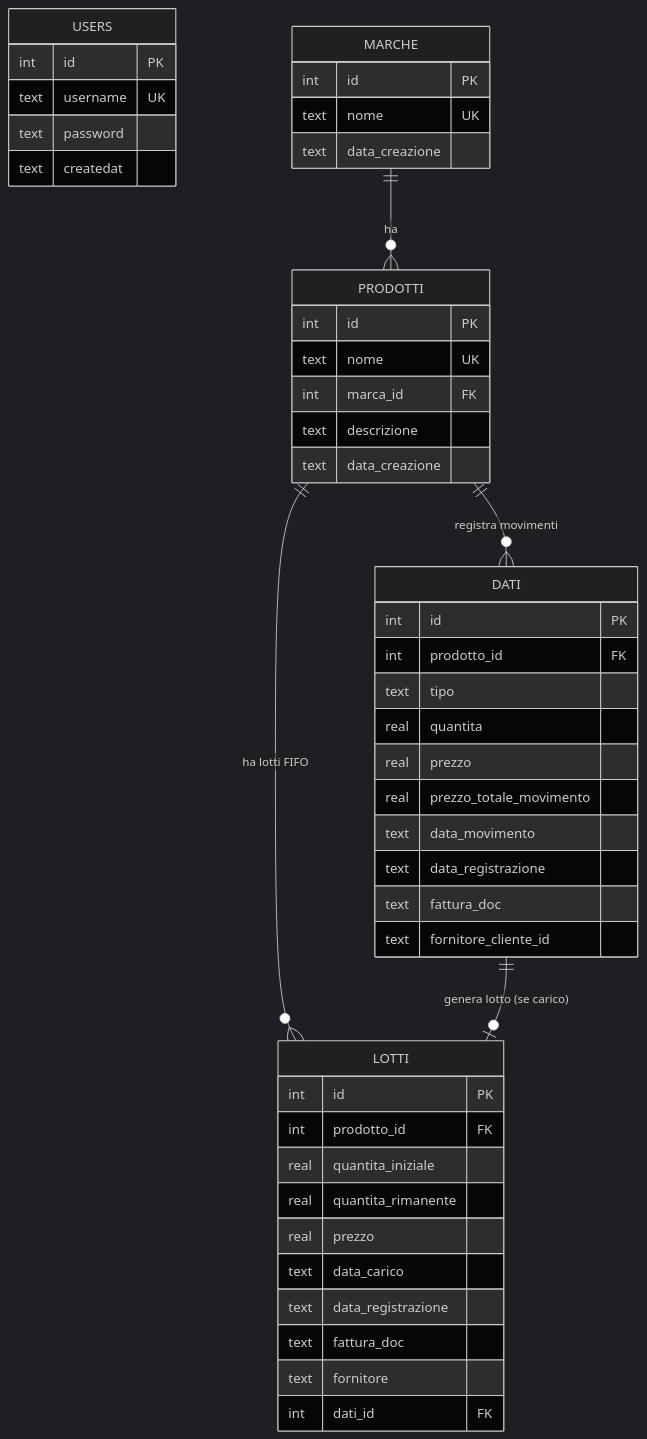
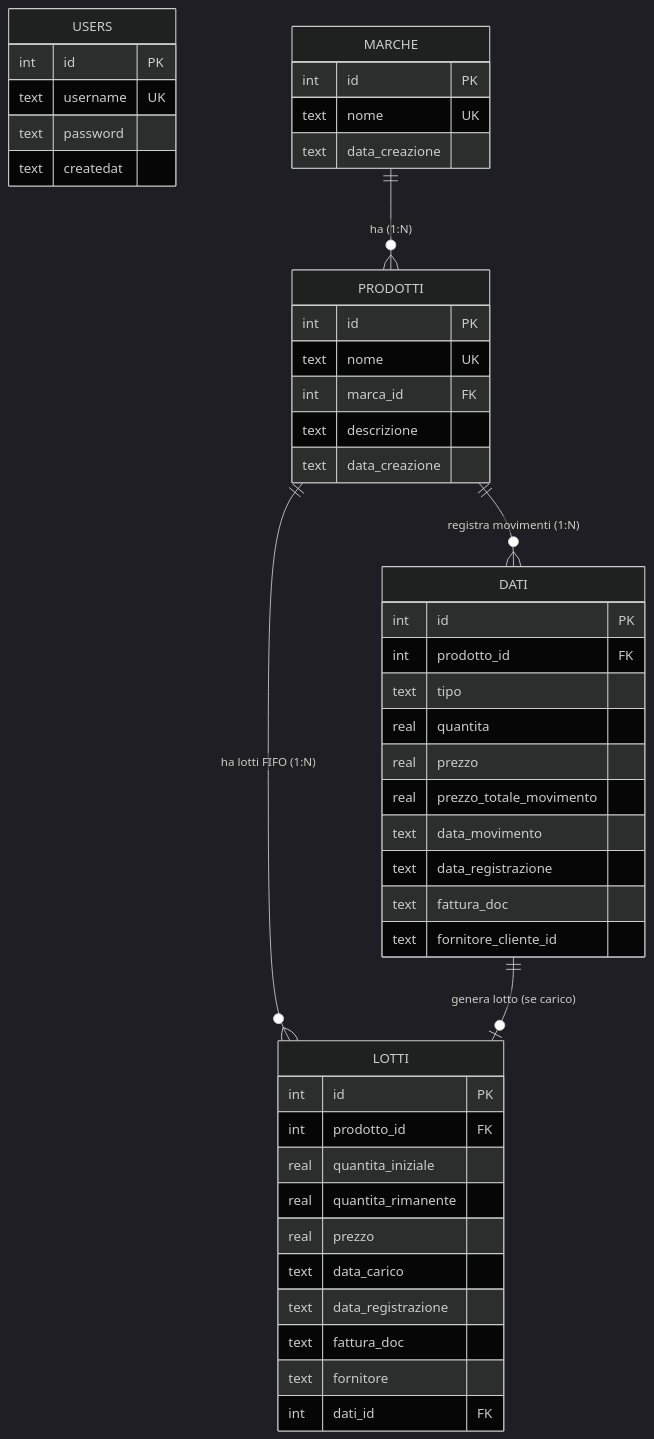
The diagram in Backend/db/Schema/Schema_DB.mmd (NicoMaker/Gestione_Magazzino), drawn with Mermaid (dark theme) before and after one commit.

```diff
--- a/Backend/db/Schema/Schema_DB.mmd
+++ b/Backend/db/Schema/Schema_DB.mmd
@@ -1,52 +1,52 @@
 erDiagram
     USERS {
         int id PK
         text username UK
         text password
         text createdat
     }
 
     MARCHE {
         int id PK
         text nome UK
         text data_creazione
     }
 
     PRODOTTI {
         int id PK
         text nome UK
         int marca_id FK
         text descrizione
         text data_creazione
     }
 
     DATI {
         int id PK
         int prodotto_id FK
         text tipo
         real quantita
         real prezzo
         real prezzo_totale_movimento
         text data_movimento
         text data_registrazione
         text fattura_doc
         text fornitore_cliente_id
     }
 
     LOTTI {
         int id PK
         int prodotto_id FK
         real quantita_iniziale
         real quantita_rimanente
         real prezzo
         text data_carico
         text data_registrazione
         text fattura_doc
         text fornitore
         int dati_id FK
     }
 
-    MARCHE ||--o{ PRODOTTI : "ha"
-    PRODOTTI ||--o{ DATI : "registra movimenti"
-    PRODOTTI ||--o{ LOTTI : "ha lotti FIFO"
+    MARCHE ||--o{ PRODOTTI : "ha (1:N)"
+    PRODOTTI ||--o{ DATI : "registra movimenti (1:N)"
+    PRODOTTI ||--o{ LOTTI : "ha lotti FIFO (1:N)"
     DATI ||--o| LOTTI : "genera lotto (se carico)"
```
